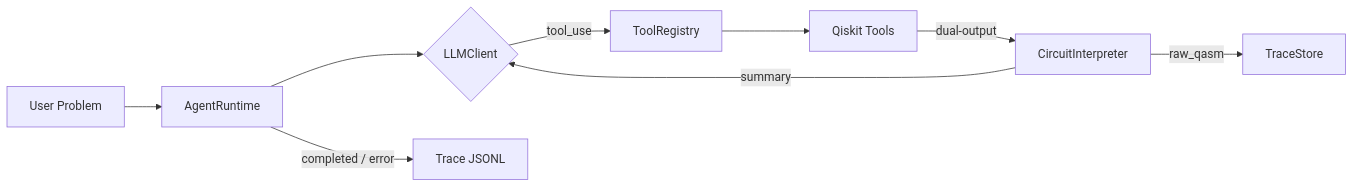
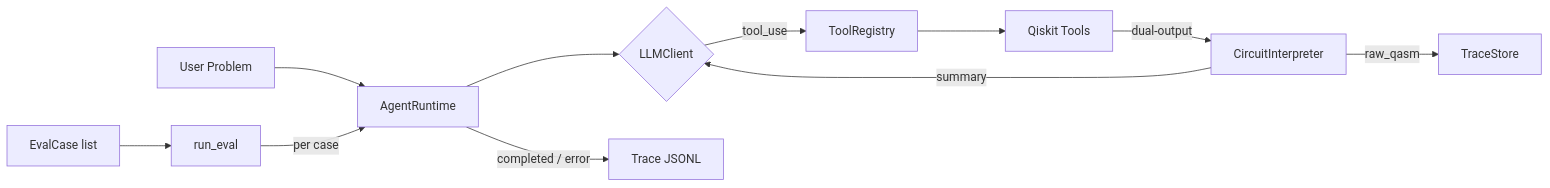
One commit to Sri-Harsha-T/qarc changed the diagram in README.md. Above: the diagram before and after it, drawn with Mermaid. The commit also changed other lines of this file, not shown here.

````diff
--- a/README.md
+++ b/README.md
@@ -11,11 +11,13 @@
 ```mermaid
 graph LR
     A[User Problem] --> B[AgentRuntime]
     B --> C{LLMClient}
     C -->|tool_use| D[ToolRegistry]
     D --> E[Qiskit Tools]
     E -->|dual-output| F[CircuitInterpreter]
     F -->|summary| C
     F -->|raw_qasm| G[TraceStore]
     B -->|completed / error| H[Trace JSONL]
+    I[EvalCase list] --> J[run_eval]
+    J -->|per case| B
 ```
````
